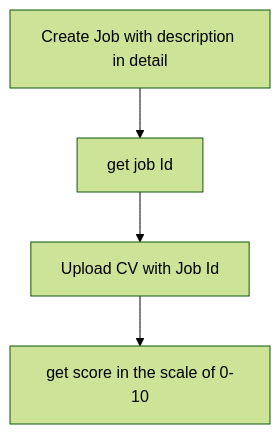
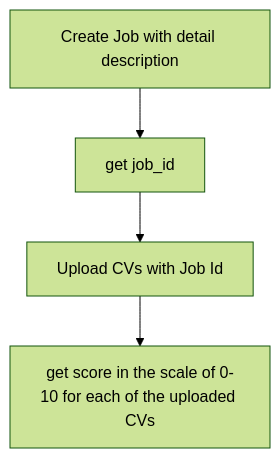
One commit to ShubhajitM/CVScore changed the diagram in README.md. Above: the diagram before and after it, drawn with Mermaid (forest theme).

````diff
--- a/README.md
+++ b/README.md
@@ -6,6 +6,6 @@
 ```mermaid
 graph TD;
-    A[Create Job with description in detail] --> B[get job Id]
-    B --> C[Upload CV with Job Id]
-    C --> D[get score in the scale of 0-10]
+    A[Create Job with detail description] --> B[get job_id]
+    B --> C[Upload CVs with Job Id]
+    C --> D[get score in the scale of 0-10 for each of the uploaded CVs]
 ```
````
